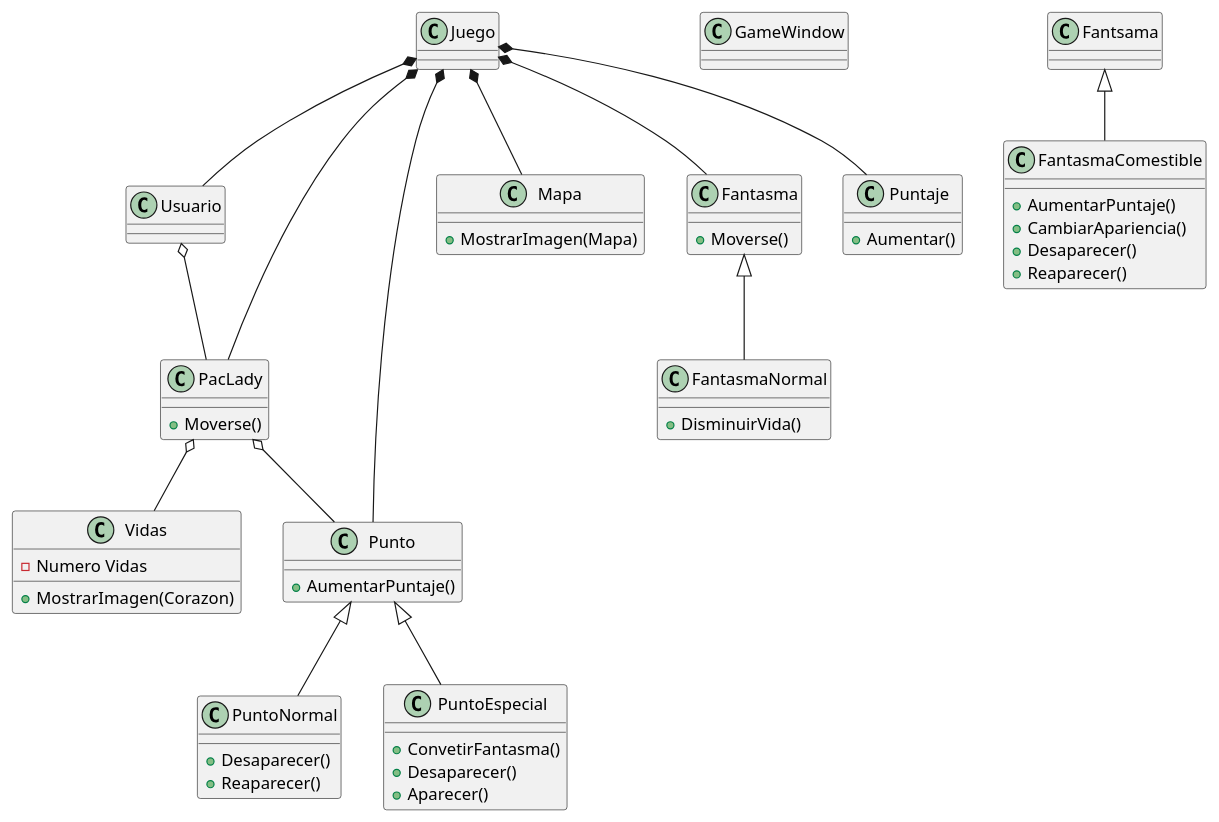
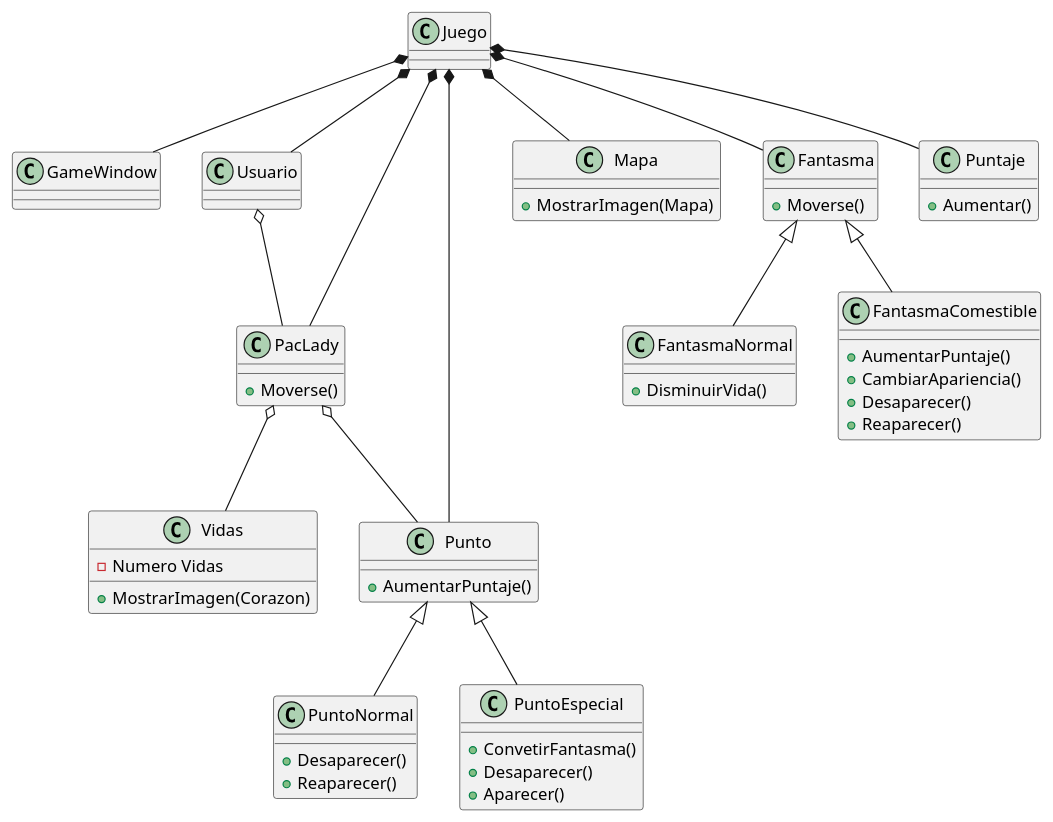
Before and after one commit to renata-olvera1/Pac-Lady: the diagram in docs/diagrama.puml, drawn with PlantUML. The commit also changed 40 other files, not shown here.

```diff
--- a/docs/diagrama.puml
+++ b/docs/diagrama.puml
@@ -1,58 +1,59 @@
 @startuml diagrama
 
 class Juego
 class GameWindow
 class Usuario
 class PacLady{
     +Moverse()
 }
 class Vidas{
     -Numero Vidas
     + MostrarImagen(Corazon)
 }
 class Punto{
     +AumentarPuntaje()
 }
 class PuntoNormal{
     +Desaparecer()
     +Reaparecer()
 }
 class PuntoEspecial{
     +ConvetirFantasma()
     +Desaparecer()
     +Aparecer()
 }
 class Mapa{
     +MostrarImagen(Mapa)
 }
 class Fantasma{
     +Moverse()
 }
 class FantasmaNormal{
     +DisminuirVida()
 }
 class FantasmaComestible{
     +AumentarPuntaje()
     +CambiarApariencia()
     +Desaparecer()
     +Reaparecer()
 }
 class Puntaje{
     +Aumentar()
 }
 
 Juego *-- Usuario
+Juego *-- GameWindow
 Juego *-- Puntaje
 Juego *-- PacLady
 Juego *-- Punto
 Juego *-- Mapa
 Punto <|-- PuntoNormal 
 Punto <|-- PuntoEspecial
 Juego *-- Fantasma
-Fantsama <|-- FantasmaComestible
+Fantasma <|-- FantasmaComestible
 Fantasma <|-- FantasmaNormal
 Usuario o-- PacLady
 PacLady o-- Punto
 PacLady o-- Vidas
 
 @enduml
```
